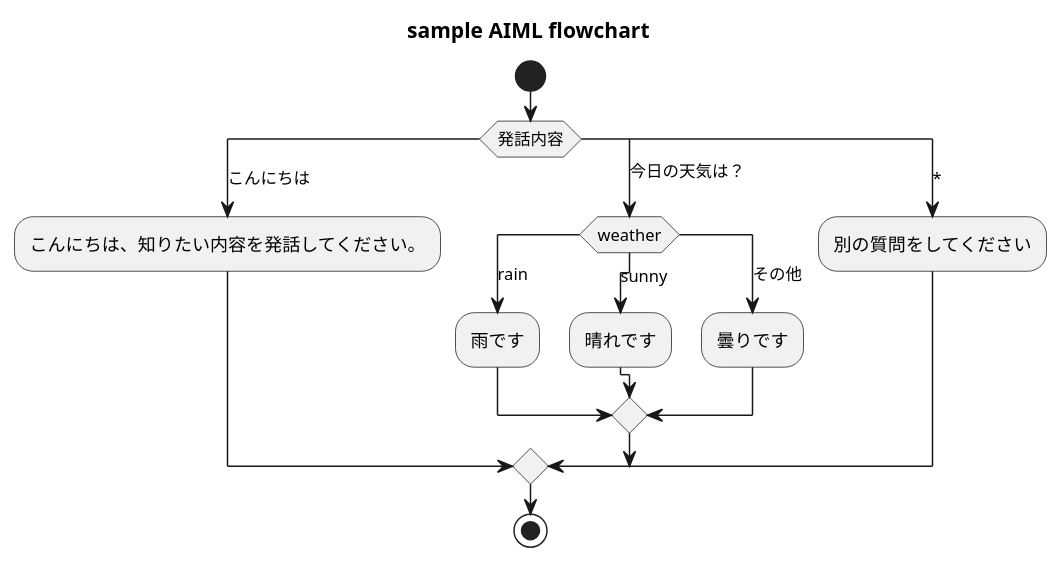
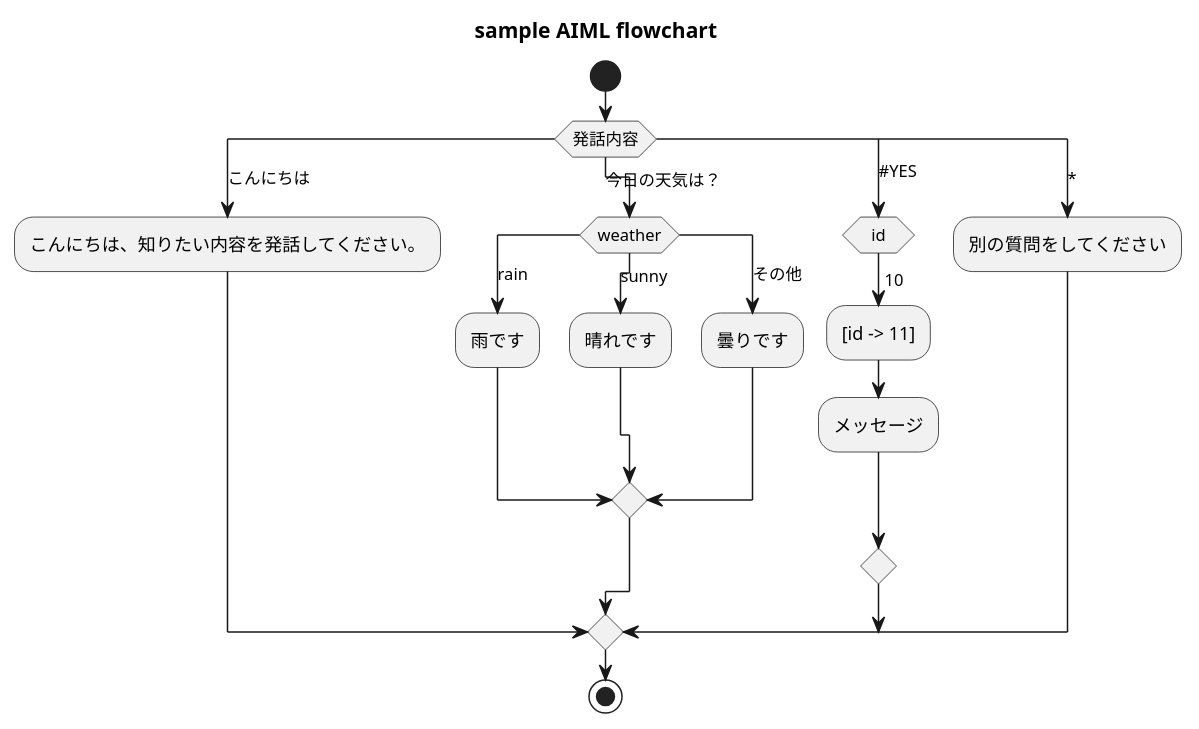
The diagram in sample_flowchart.pu (nice-okura/aiml_flowchart), drawn with PlantUML before and after one commit.

Commit message:
update plantuml

```diff
--- a/sample_flowchart.pu
+++ b/sample_flowchart.pu
@@ -1,20 +1,28 @@
-@startuml
+@startuml flowchart
 title sample AIML flowchart
 start
 switch (発話内容)
 case (こんにちは)   
   :こんにちは、知りたい内容を発話してください。;
 case (今日の天気は？)
   switch (weather)
   case (rain)
     :雨です;
   case (sunny)
     :晴れです;
   case (その他)
     :曇りです;
-   endswitch
+  endswitch
+
+case (#YES)
+  switch (id)
+  case (10)
+    :[id -> 11];
+    :メッセージ;
+  endswitch
 case (*)
   :別の質問をしてください;
+
 endswitch 
 stop
 @enduml
```
